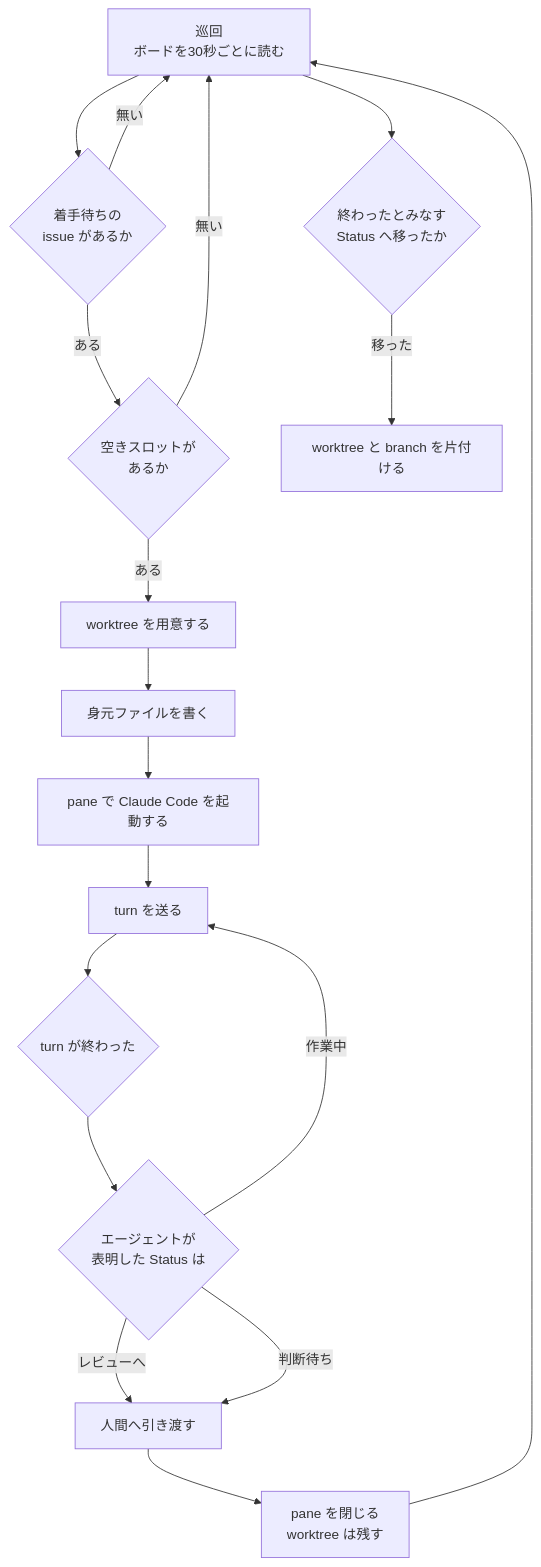
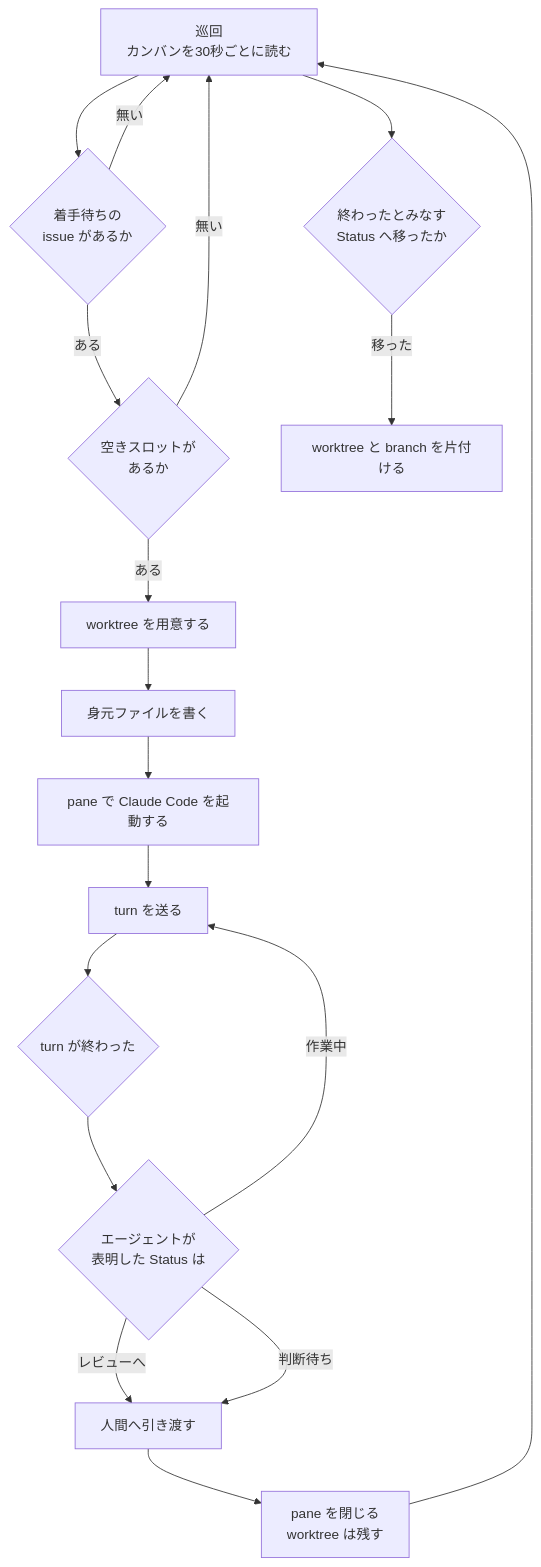
Before and after one commit to maimuzo/continuo: the first of 6 diagrams in docs/agent_life_cycle.md, drawn with Mermaid. The commit also changed other lines of this file and 161 other files, not shown here.

````diff
--- a/docs/agent_life_cycle.md
+++ b/docs/agent_life_cycle.md
@@ -48,20 +48,20 @@
 ```mermaid
 flowchart TD
-    A["巡回<br/>ボードを30秒ごとに読む"] --> B{"着手待ちの<br/>issue があるか"}
+    A["巡回<br/>カンバンを30秒ごとに読む"] --> B{"着手待ちの<br/>issue があるか"}
     B -->|無い| A
     B -->|ある| C{"空きスロットが<br/>あるか"}
     C -->|無い| A
     C -->|ある| D["worktree を用意する"]
     D --> E["身元ファイルを書く"]
     E --> F["pane で Claude Code を起動する"]
     F --> G["turn を送る"]
     G --> H{"turn が終わった"}
     H --> I{"エージェントが<br/>表明した Status は"}
     I -->|"作業中"| G
     I -->|"レビューへ"| J["人間へ引き渡す"]
     I -->|"判断待ち"| J
     J --> K["pane を閉じる<br/>worktree は残す"]
     K --> A
     A --> L{"終わったとみなす<br/>Status へ移ったか"}
     L -->|"移った"| M["worktree と branch を片付ける"]
 ```
````
